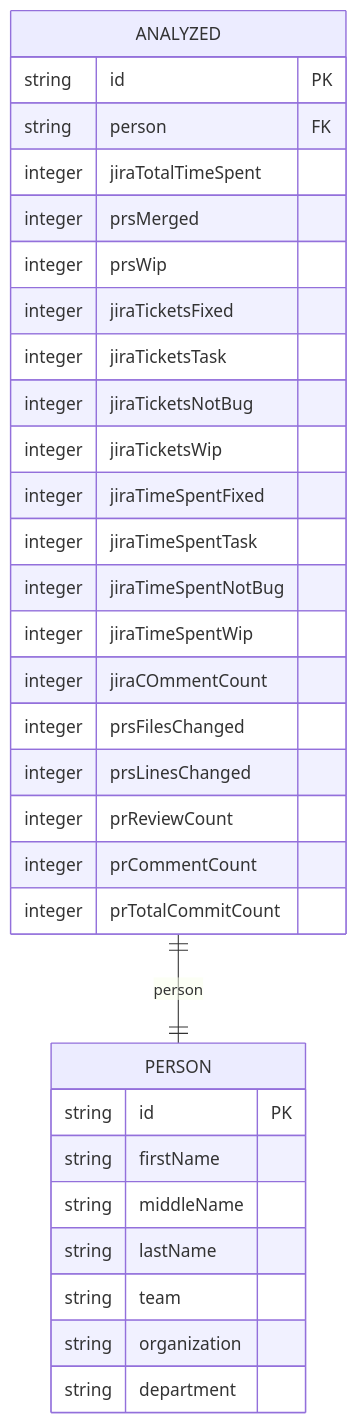
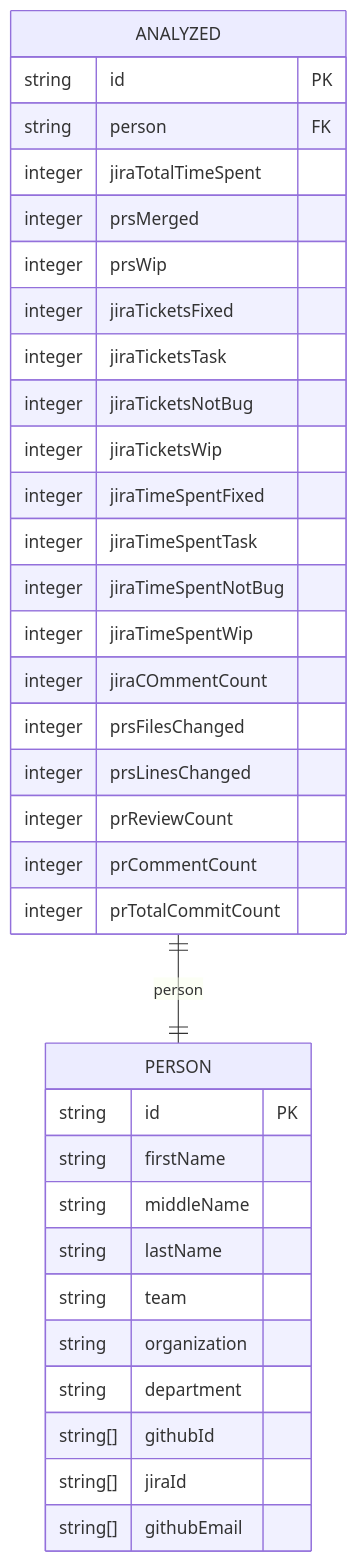
One commit to manastalukdar/manastalukdar.github.io changed the second of 2 diagrams in blog/2023/12/26/productivity-performance-software-engineering-teams-part-2/readme.md. Above: the diagram before and after it, drawn with Mermaid. The commit also changed other lines of this file, not shown here.

````diff
--- a/blog/2023/12/26/productivity-performance-software-engineering-teams-part-2/readme.md
+++ b/blog/2023/12/26/productivity-performance-software-engineering-teams-part-2/readme.md
@@ -272,34 +275,37 @@
 ```mermaid
 erDiagram
     PERSON {
         string id PK
         string firstName
         string middleName
         string lastName
         string team
         string organization
         string department
+        string[] githubId
+        string[] jiraId
+        string[] githubEmail
     }
     ANALYZED {
         string id PK
         string person FK
         integer jiraTotalTimeSpent
         integer prsMerged
         integer prsWip
         integer jiraTicketsFixed
         integer jiraTicketsTask
         integer jiraTicketsNotBug
         integer jiraTicketsWip
         integer jiraTimeSpentFixed
         integer jiraTimeSpentTask
         integer jiraTimeSpentNotBug
         integer jiraTimeSpentWip
         integer jiraCOmmentCount
         integer prsFilesChanged
         integer prsLinesChanged
         integer prReviewCount
         integer prCommentCount
         integer prTotalCommitCount
     }
     ANALYZED ||--|| PERSON : person
 ```
````
